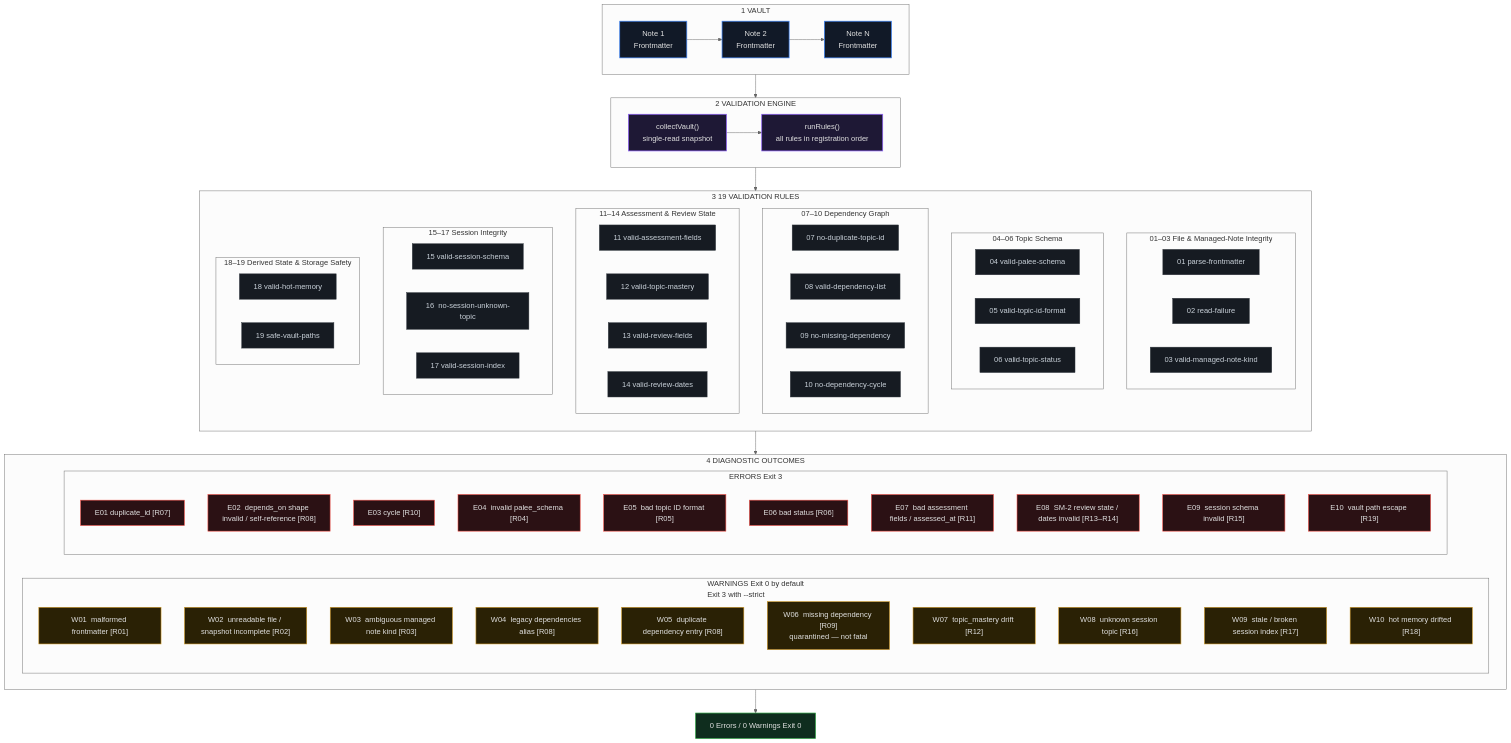
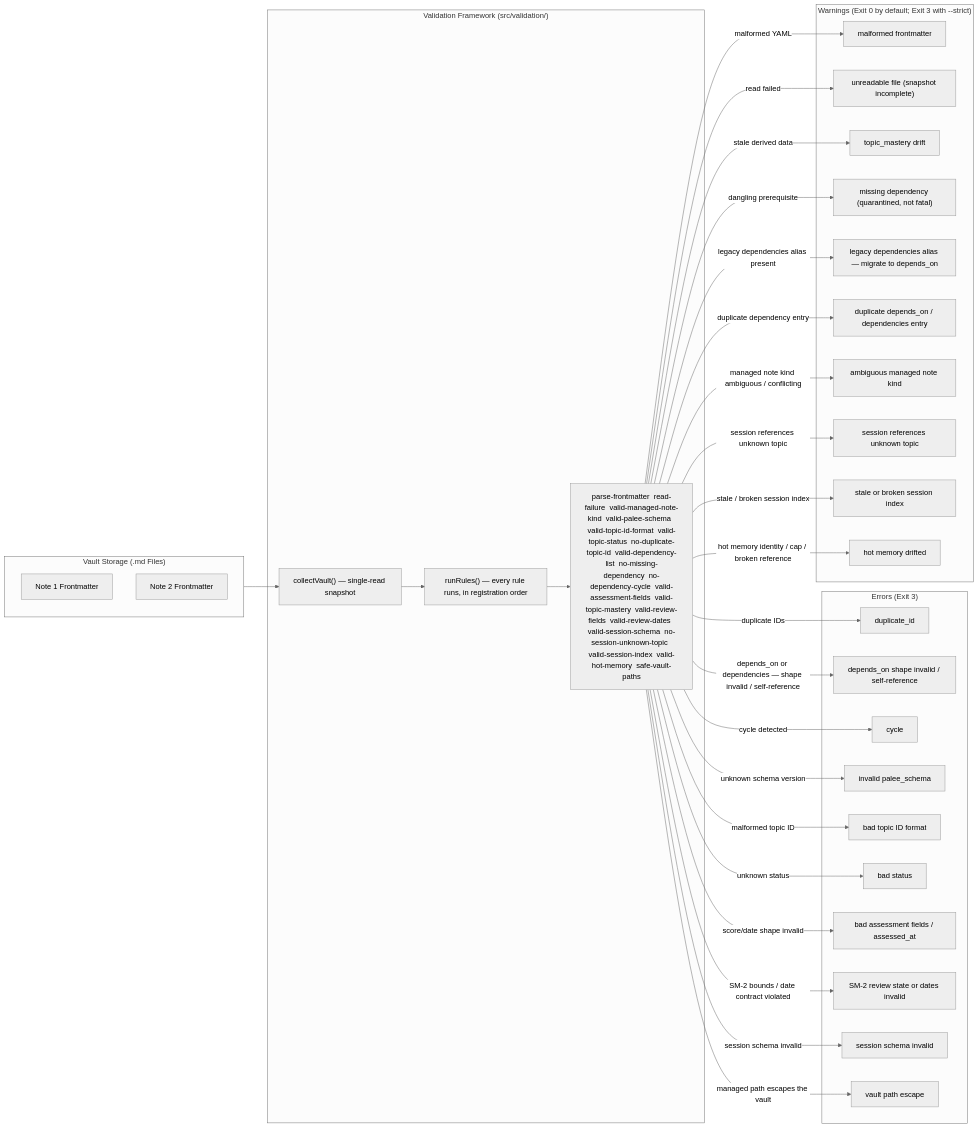
Before and after one commit to Kuldeep2822k/cli: the second of 2 diagrams in docs/02-3-reporting-commands.md, drawn with Mermaid (neutral theme).

Commit message:
docs: use flowchart LR for Diagram 12 and remove success node

````diff
--- a/docs/02-3-reporting-commands.md
+++ b/docs/02-3-reporting-commands.md
@@ -214,139 +214,63 @@
 ```mermaid
-flowchart TB
-
-    %% =========================
-    %% INPUT
-    %% =========================
-    subgraph INPUT["1  VAULT"]
-        direction LR
-        FM1["Note 1<br/>Frontmatter"]
-        FM2["Note 2<br/>Frontmatter"]
-        FM3["Note N<br/>Frontmatter"]
-        FM1 --> FM2 --> FM3
+flowchart LR
+    subgraph Storage ["Vault Storage (.md Files)"]
+        FM1["Note 1 Frontmatter"]
+        FM2["Note 2 Frontmatter"]
+    end
+    
+    subgraph Analyzer ["Validation Framework (src/validation/)"]
+        Scan["collectVault() — single-read snapshot"]
+        Runner["runRules() — every rule runs, in registration order"]
+        Rules["parse-frontmatter  read-failure  valid-managed-note-kind  valid-palee-schema  valid-topic-id-format  valid-topic-status  no-duplicate-topic-id  valid-dependency-list  no-missing-dependency  no-dependency-cycle  valid-assessment-fields  valid-topic-mastery  valid-review-fields  valid-review-dates  valid-session-schema  no-session-unknown-topic  valid-session-index  valid-hot-memory  safe-vault-paths"]
+    end
+    
+    subgraph Errors ["Errors (Exit 3)"]
+        ErrDup["duplicate_id"]
+        ErrDepShape["depends_on shape invalid / self-reference"]
+        ErrCyc["cycle"]
+        ErrSchema["invalid palee_schema"]
+        ErrId["bad topic ID format"]
+        ErrStatus["bad status"]
+        ErrAssess["bad assessment fields / assessed_at"]
+        ErrReview["SM-2 review state or dates invalid"]
+        ErrSession["session schema invalid"]
+        ErrPaths["vault path escape"]
     end
 
-    %% =========================
-    %% ENGINE
-    %% =========================
-    subgraph ENGINE["2  VALIDATION ENGINE"]
-        direction LR
-
-        COLLECT["collectVault()<br/>single-read snapshot"]
-        RUN["runRules()<br/>all rules in registration order"]
-
-        COLLECT --> RUN
+    subgraph Warnings ["Warnings (Exit 0 by default; Exit 3 with --strict)"]
+        WarnParse["malformed frontmatter"]
+        WarnRead["unreadable file (snapshot incomplete)"]
+        WarnMastery["topic_mastery drift"]
+        WarnMiss["missing dependency (quarantined, not fatal)"]
+        WarnDepLegacy["legacy dependencies alias — migrate to depends_on"]
+        WarnDepDup["duplicate depends_on / dependencies entry"]
+        WarnKind["ambiguous managed note kind"]
+        WarnSessionTopic["session references unknown topic"]
+        WarnIndex["stale or broken session index"]
+        WarnHot["hot memory drifted"]
     end
-
-    INPUT --> COLLECT
-
-    %% =========================
-    %% RULES
-    %% =========================
-    subgraph RULES["3  19 VALIDATION RULES"]
-        direction TB
-
-        subgraph G1["01–03  File & Managed-Note Integrity"]
-            direction LR
-            R1["01  parse-frontmatter"]
-            R2["02  read-failure"]
-            R3["03  valid-managed-note-kind"]
-        end
-
-        subgraph G2["04–06  Topic Schema"]
-            direction LR
-            R4["04  valid-palee-schema"]
-            R5["05  valid-topic-id-format"]
-            R6["06  valid-topic-status"]
-        end
-
-        subgraph G3["07–10  Dependency Graph"]
-            direction LR
-            R7["07  no-duplicate-topic-id"]
-            R8["08  valid-dependency-list"]
-            R9["09  no-missing-dependency"]
-            R10["10  no-dependency-cycle"]
-        end
-
-        subgraph G4["11–14  Assessment & Review State"]
-            direction LR
-            R11["11  valid-assessment-fields"]
-            R12["12  valid-topic-mastery"]
-            R13["13  valid-review-fields"]
-            R14["14  valid-review-dates"]
-        end
-
-        subgraph G5["15–17  Session Integrity"]
-            direction LR
-            R15["15  valid-session-schema"]
-            R16["16  no-session-unknown-topic"]
-            R17["17  valid-session-index"]
-        end
-
-        subgraph G6["18–19  Derived State & Storage Safety"]
-            direction LR
-            R18["18  valid-hot-memory"]
-            R19["19  safe-vault-paths"]
-        end
-    end
-
-    RUN --> RULES
-
-    %% =========================
-    %% DIAGNOSTICS
-    %% =========================
-    subgraph OUTCOMES["4  DIAGNOSTIC OUTCOMES"]
-        direction LR
-
-        subgraph WARN["WARNINGS  Exit 0 by default<br/>Exit 3 with --strict"]
-            direction TB
-            W1["W01  malformed frontmatter [R01]"]
-            W2["W02  unreadable file / snapshot incomplete [R02]"]
-            W3["W03  ambiguous managed note kind [R03]"]
-            W4["W04  legacy dependencies alias [R08]"]
-            W5["W05  duplicate dependency entry [R08]"]
-            W6["W06  missing dependency [R09]<br/>quarantined — not fatal"]
-            W7["W07  topic_mastery drift [R12]"]
-            W8["W08  unknown session topic [R16]"]
-            W9["W09  stale / broken session index [R17]"]
-            W10["W10  hot memory drifted [R18]"]
-        end
-
-        subgraph ERR["ERRORS  Exit 3"]
-            direction TB
-            E1["E01  duplicate_id [R07]"]
-            E2["E02  depends_on shape invalid / self-reference [R08]"]
-            E3["E03  cycle [R10]"]
-            E4["E04  invalid palee_schema [R04]"]
-            E5["E05  bad topic ID format [R05]"]
-            E6["E06  bad status [R06]"]
-            E7["E07  bad assessment fields / assessed_at [R11]"]
-            E8["E08  SM-2 review state / dates invalid [R13–R14]"]
-            E9["E09  session schema invalid [R15]"]
-            E10["E10  vault path escape [R19]"]
-        end
-    end
-
-    RULES --> OUTCOMES
-
-    %% =========================
-    %% SUCCESS
-    %% =========================
-    OUTCOMES --> SUCCESS["0 Errors / 0 Warnings  Exit 0"]
-
-    %% =========================
-    %% STYLING
-    %% =========================
-    classDef input fill:#111927,stroke:#3b82f6,stroke-width:1.5px,color:#e0e0e0;
-    classDef engine fill:#1e1835,stroke:#8b5cf6,stroke-width:1.5px,color:#e0e0e0;
-    classDef rule fill:#161b22,stroke:#30363d,stroke-width:1px,color:#c9d1d9;
-    classDef warning fill:#2a2105,stroke:#d29922,stroke-width:1.2px,color:#e0e0e0;
-    classDef error fill:#2b1114,stroke:#f85149,stroke-width:1.2px,color:#e0e0e0;
-    classDef success fill:#0f2d1e,stroke:#2ea043,stroke-width:1.5px,color:#e0e0e0;
-
-    class FM1,FM2,FM3 input;
-    class COLLECT,RUN engine;
-    class R1,R2,R3,R4,R5,R6,R7,R8,R9,R10,R11,R12,R13,R14,R15,R16,R17,R18,R19 rule;
-    class W1,W2,W3,W4,W5,W6,W7,W8,W9,W10 warning;
-    class E1,E2,E3,E4,E5,E6,E7,E8,E9,E10 error;
-    class SUCCESS success;
+    
+    Storage --> Scan
+    Scan --> Runner
+    Runner --> Rules
+    Rules -->|"duplicate IDs"| ErrDup
+    Rules -->|"dangling prerequisite"| WarnMiss
+    Rules -->|"depends_on or dependencies — shape invalid / self-reference"| ErrDepShape
+    Rules -->|"cycle detected"| ErrCyc
+    Rules -->|"unknown schema version"| ErrSchema
+    Rules -->|"malformed topic ID"| ErrId
+    Rules -->|"unknown status"| ErrStatus
+    Rules -->|"score/date shape invalid"| ErrAssess
+    Rules -->|"SM-2 bounds / date contract violated"| ErrReview
+    Rules -->|"legacy dependencies alias present"| WarnDepLegacy
+    Rules -->|"duplicate dependency entry"| WarnDepDup
+    Rules -->|"managed note kind ambiguous / conflicting"| WarnKind
+    Rules -->|"session schema invalid"| ErrSession
+    Rules -->|"session references unknown topic"| WarnSessionTopic
+    Rules -->|"stale / broken session index"| WarnIndex
+    Rules -->|"hot memory identity / cap / broken reference"| WarnHot
+    Rules -->|"managed path escapes the vault"| ErrPaths
+    Rules -->|"malformed YAML"| WarnParse
+    Rules -->|"read failed"| WarnRead
+    Rules -->|"stale derived data"| WarnMastery
 ```
````
